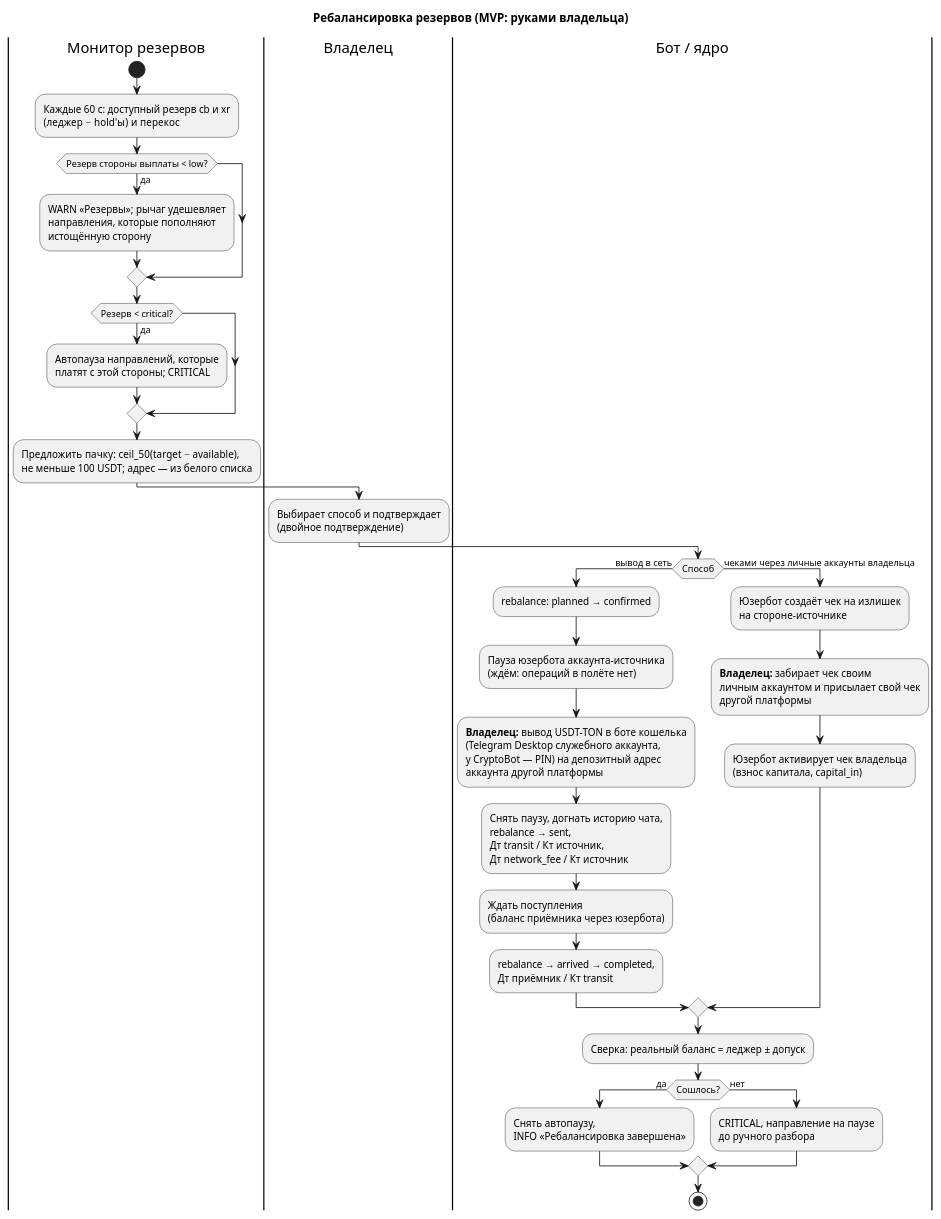
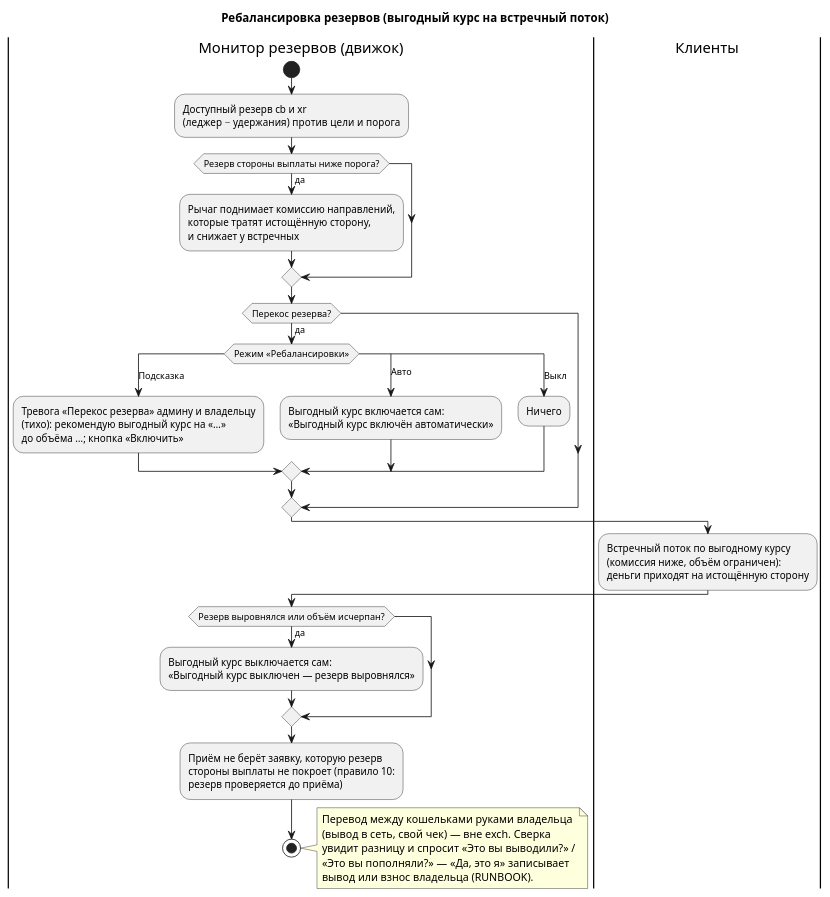
One commit to Nacebara/webquest changed the diagram in exchanger/diagrams/04-activity-rebalance.puml. Above: the diagram before and after it, drawn with PlantUML. The commit also changed 12 other files, not shown here.

First line of the commit message:
diagrams: sources match the code again; pictures marked as outdated (Р-19.2)

```diff
--- a/exchanger/diagrams/04-activity-rebalance.puml
+++ b/exchanger/diagrams/04-activity-rebalance.puml
@@ -1,63 +1,54 @@
 @startuml activity-rebalance
-' Ребалансировка резервов, v0.2: два кошелька (cb, xr) — личные балансы юзерботов,
-' платёжных API нет. MVP: вывод руками владельца при остановленном юзерботе
-' или обмен чеками через личные аккаунты владельца (способ ждёт решения владельца).
+' Ребалансировка резервов, v0.2: два кошелька (cb, xr) — личные балансы юзерботов, платёжных API
+' нет. Сделано (утверждено 9.11, сверено с кодом 20.11.2026): «Выгодный курс» на встречный поток —
+' клиенты сами переносят резерв на истощённую сторону (engine::fees, пульт «Ребалансировка»).
+' Перевод в сеть руками владельца — вне exch: сверка спросит «Это вы выводили / пополняли?».
 skinparam shadowing false
-title Ребалансировка резервов (MVP: руками владельца)
+title Ребалансировка резервов (выгодный курс на встречный поток)
 
-|Монитор резервов|
+|Монитор резервов (движок)|
 start
-:Каждые 60 с: доступный резерв cb и xr
-(леджер − hold'ы) и перекос;
-if (Резерв стороны выплаты < low?) then (да)
-  :WARN «Резервы»; рычаг удешевляет
-  направления, которые пополняют
-  истощённую сторону;
+:Доступный резерв cb и xr
+(леджер − удержания) против цели и порога;
+if (Резерв стороны выплаты ниже порога?) then (да)
+  :Рычаг поднимает комиссию направлений,
+  которые тратят истощённую сторону,
+  и снижает у встречных;
 endif
-if (Резерв < critical?) then (да)
-  :Автопауза направлений, которые
-  платят с этой стороны; CRITICAL;
+if (Перекос резерва?) then (да)
+  switch (Режим «Ребалансировки»)
+  case (Подсказка)
+    :Тревога «Перекос резерва» админу и владельцу
+    (тихо): рекомендую выгодный курс на «…»
+    до объёма …; кнопка «Включить»;
+  case (Авто)
+    :Выгодный курс включается сам:
+    «Выгодный курс включён автоматически»;
+  case (Выкл)
+    :Ничего;
+  endswitch
 endif
-:Предложить пачку: ceil_50(target − available),
-не меньше 100 USDT; адрес — из белого списка;
 
-|Владелец|
-:Выбирает способ и подтверждает
-(двойное подтверждение);
+|Клиенты|
+:Встречный поток по выгодному курсу
+(комиссия ниже, объём ограничен):
+деньги приходят на истощённую сторону;
 
-|Бот / ядро|
-if (Способ) then (вывод в сеть)
-  :rebalance: planned → confirmed;
-  :Пауза юзербота аккаунта-источника
-  (ждём: операций в полёте нет);
-  :**Владелец:** вывод USDT-TON в боте кошелька
-  (Telegram Desktop служебного аккаунта,
-  у CryptoBot — PIN) на депозитный адрес
-  аккаунта другой платформы;
-  :Снять паузу, догнать историю чата,
-  rebalance → sent,
-  Дт transit / Кт источник,
-  Дт network_fee / Кт источник;
-  :Ждать поступления
-  (баланс приёмника через юзербота);
-  :rebalance → arrived → completed,
-  Дт приёмник / Кт transit;
-else (чеками через личные аккаунты владельца)
-  :Юзербот создаёт чек на излишек
-  на стороне-источнике;
-  :**Владелец:** забирает чек своим
-  личным аккаунтом и присылает свой чек
-  другой платформы;
-  :Юзербот активирует чек владельца
-  (взнос капитала, capital_in);
+|Монитор резервов (движок)|
+if (Резерв выровнялся или объём исчерпан?) then (да)
+  :Выгодный курс выключается сам:
+  «Выгодный курс выключен — резерв выровнялся»;
 endif
-:Сверка: реальный баланс = леджер ± допуск;
-if (Сошлось?) then (да)
-  :Снять автопаузу,
-  INFO «Ребалансировка завершена»;
-else (нет)
-  :CRITICAL, направление на паузе
-  до ручного разбора;
-endif
+:Приём не берёт заявку, которую резерв
+стороны выплаты не покроет (правило 10:
+резерв проверяется до приёма);
 stop
+
+note right
+  Перевод между кошельками руками владельца
+  (вывод в сеть, свой чек) — вне exch. Сверка
+  увидит разницу и спросит «Это вы выводили?» /
+  «Это вы пополняли?» — «Да, это я» записывает
+  вывод или взнос владельца (RUNBOOK).
+end note
 @enduml
```
